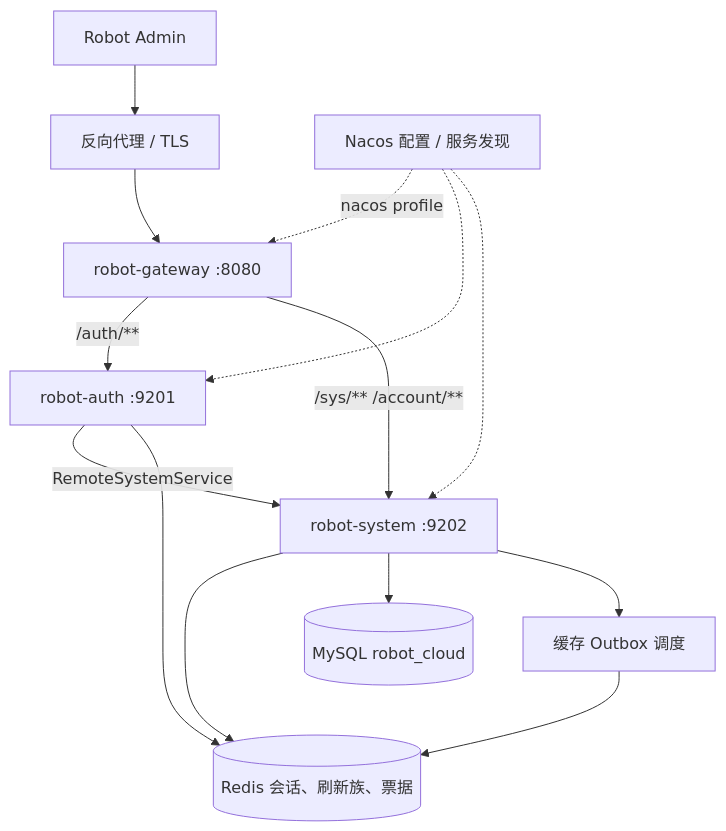
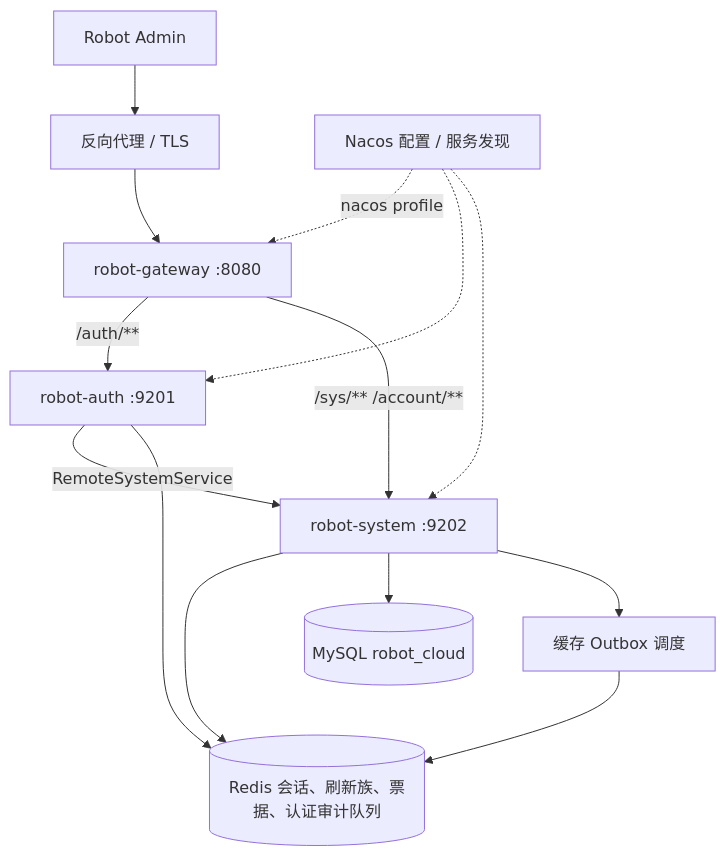
The first of 9 diagrams in docs/architecture.md (ChenyCHENYU/Robot_Cloud), drawn with Mermaid before and after one commit. The commit also changed other lines of this file and 434 other files, not shown here.

````diff
--- a/docs/architecture.md
+++ b/docs/architecture.md
@@ -22,16 +24,16 @@
 ```mermaid
 flowchart TB
     Front["Robot Admin"] --> Entry["反向代理 / TLS"]
     Entry --> Gateway["robot-gateway :8080"]
     Gateway -->|"/auth/**"| Auth["robot-auth :9201"]
     Gateway -->|"/sys/** /account/**"| System["robot-system :9202"]
     Auth -->|"RemoteSystemService"| System
-    Auth --> Sessions[("Redis 会话、刷新族、票据")]
+    Auth --> Sessions[("Redis 会话、刷新族、票据、认证审计队列")]
     System --> Sessions
     System --> DB[("MySQL robot_cloud")]
     System --> Worker["缓存 Outbox 调度"]
     Worker --> Sessions
     Nacos["Nacos 配置 / 服务发现"] -. "nacos profile" .-> Gateway
     Nacos -.-> Auth
     Nacos -.-> System
 ```
````
